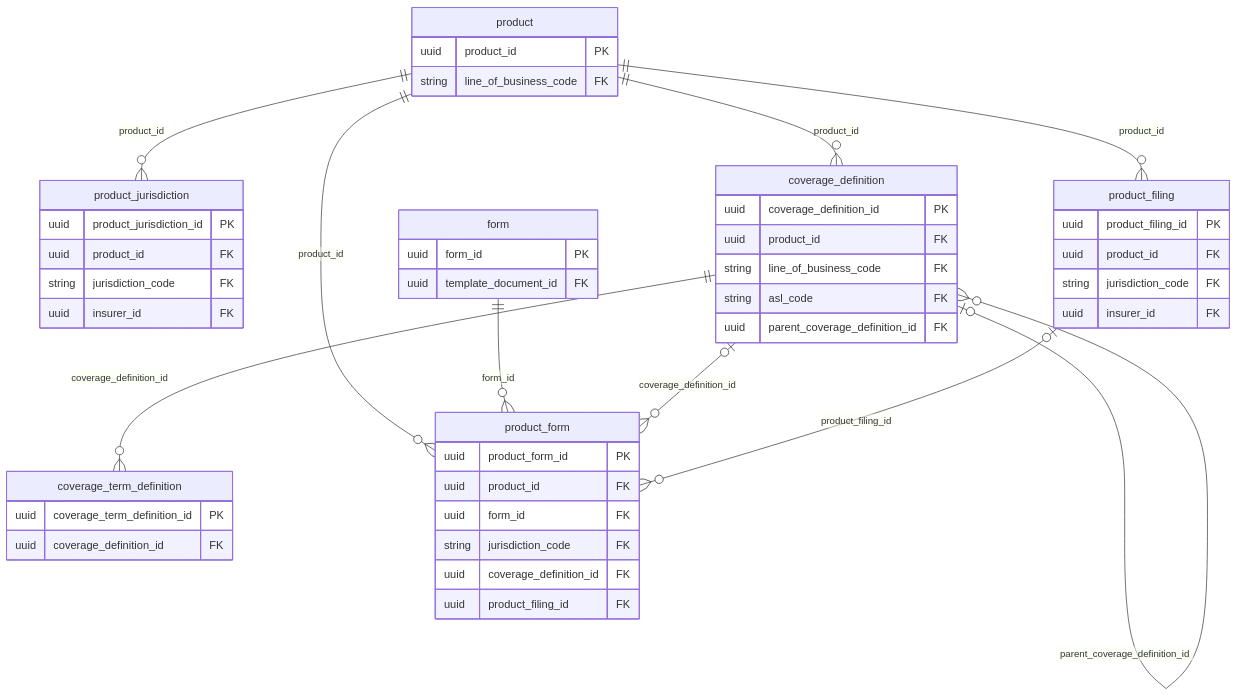
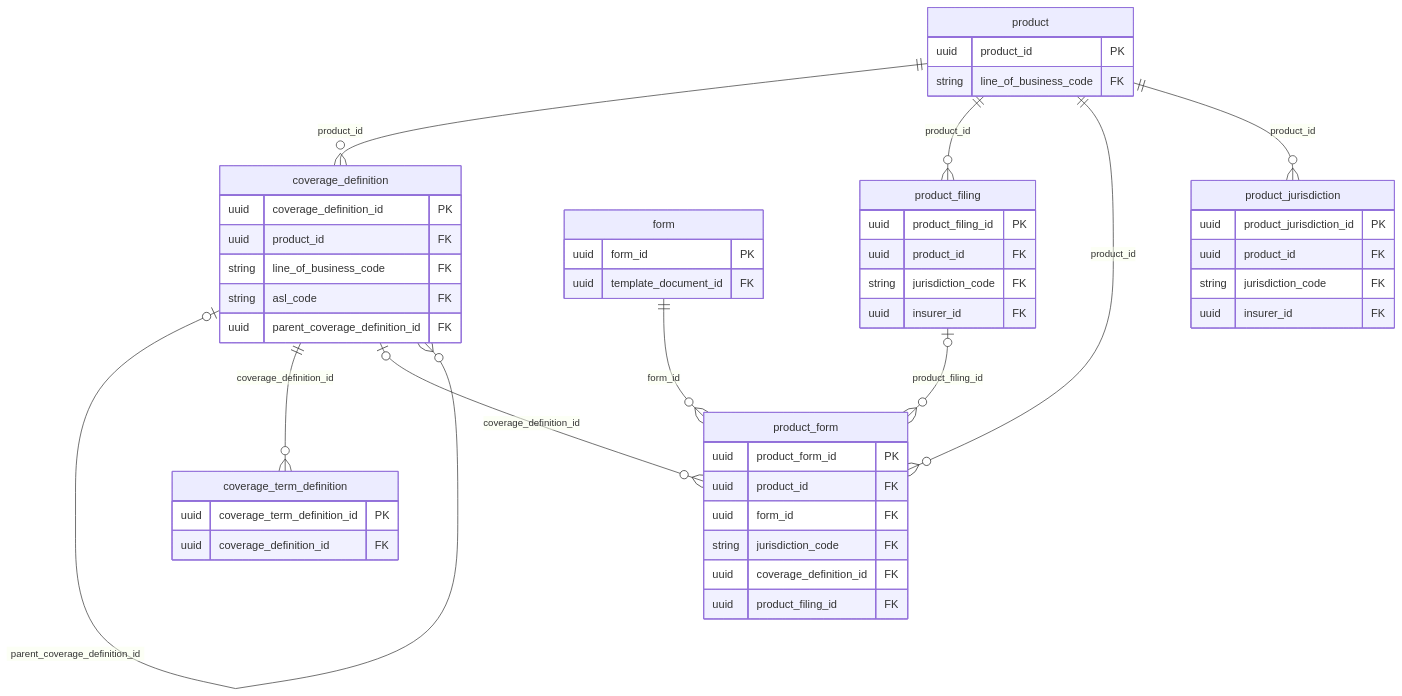
Before and after one commit to EricHeasley/InsuranceDataModel: the fifth of 13 diagrams in docs/diagrams.md, drawn with Mermaid. The commit also changed other lines of this file and 300 other files, not shown here.

First line of the commit message:
Make standard JSON Schema files the source of the model

````diff
--- a/docs/diagrams.md
+++ b/docs/diagrams.md
@@ -232,51 +232,51 @@
 ```mermaid
 erDiagram
-  product {
-    uuid product_id PK
-    string line_of_business_code FK
-  }
-  product_jurisdiction {
-    uuid product_jurisdiction_id PK
-    uuid product_id FK
-    string jurisdiction_code FK
-    uuid insurer_id FK
-  }
-  product_filing {
-    uuid product_filing_id PK
-    uuid product_id FK
-    string jurisdiction_code FK
-    uuid insurer_id FK
-  }
   coverage_definition {
     uuid coverage_definition_id PK
     uuid product_id FK
     string line_of_business_code FK
     string asl_code FK
     uuid parent_coverage_definition_id FK
   }
   coverage_term_definition {
     uuid coverage_term_definition_id PK
     uuid coverage_definition_id FK
   }
   form {
     uuid form_id PK
     uuid template_document_id FK
   }
+  product {
+    uuid product_id PK
+    string line_of_business_code FK
+  }
+  product_filing {
+    uuid product_filing_id PK
+    uuid product_id FK
+    string jurisdiction_code FK
+    uuid insurer_id FK
+  }
   product_form {
     uuid product_form_id PK
     uuid product_id FK
     uuid form_id FK
     string jurisdiction_code FK
     uuid coverage_definition_id FK
     uuid product_filing_id FK
   }
-  product ||--o{ product_jurisdiction : "product_id"
-  product ||--o{ product_filing : "product_id"
+  product_jurisdiction {
+    uuid product_jurisdiction_id PK
+    uuid product_id FK
+    string jurisdiction_code FK
+    uuid insurer_id FK
+  }
   product ||--o{ coverage_definition : "product_id"
   coverage_definition o|--o{ coverage_definition : "parent_coverage_definition_id"
   coverage_definition ||--o{ coverage_term_definition : "coverage_definition_id"
+  product ||--o{ product_filing : "product_id"
   product ||--o{ product_form : "product_id"
   form ||--o{ product_form : "form_id"
   coverage_definition o|--o{ product_form : "coverage_definition_id"
   product_filing o|--o{ product_form : "product_filing_id"
+  product ||--o{ product_jurisdiction : "product_id"
 ```
````
